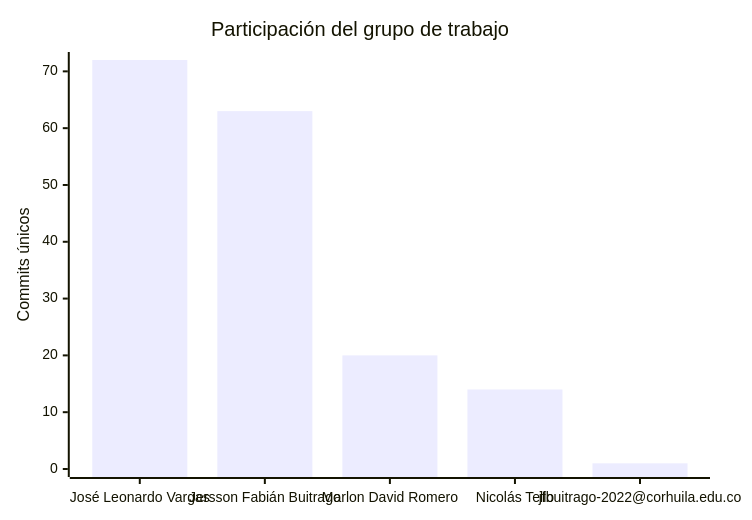
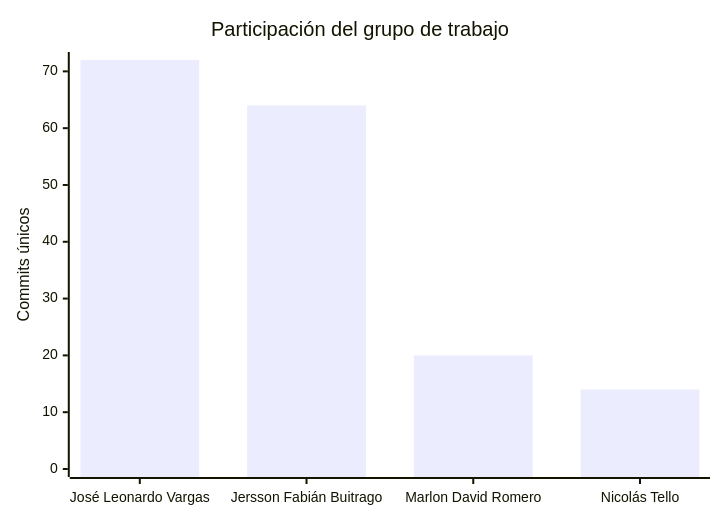
One commit to FarmaExpres/FarmaExpres changed the second of 2 diagrams in README.md. Above: the diagram before and after it, drawn with Mermaid. The commit also changed other lines of this file and 5 other files, not shown here.

````diff
--- a/README.md
+++ b/README.md
@@ -328,7 +326,7 @@
 ```mermaid
 xychart-beta
     title "Participación del grupo de trabajo"
-    x-axis ["José Leonardo Vargas", "Jersson Fabián Buitrago", "Marlon David Romero", "Nicolás Tello", "jfbuitrago-2022@corhuila.edu.co"]
+    x-axis ["José Leonardo Vargas", "Jersson Fabián Buitrago", "Marlon David Romero", "Nicolás Tello"]
     y-axis "Commits únicos" 0 --> 72
-    bar [72, 63, 20, 14, 1]
+    bar [72, 64, 20, 14]
 ```
````
